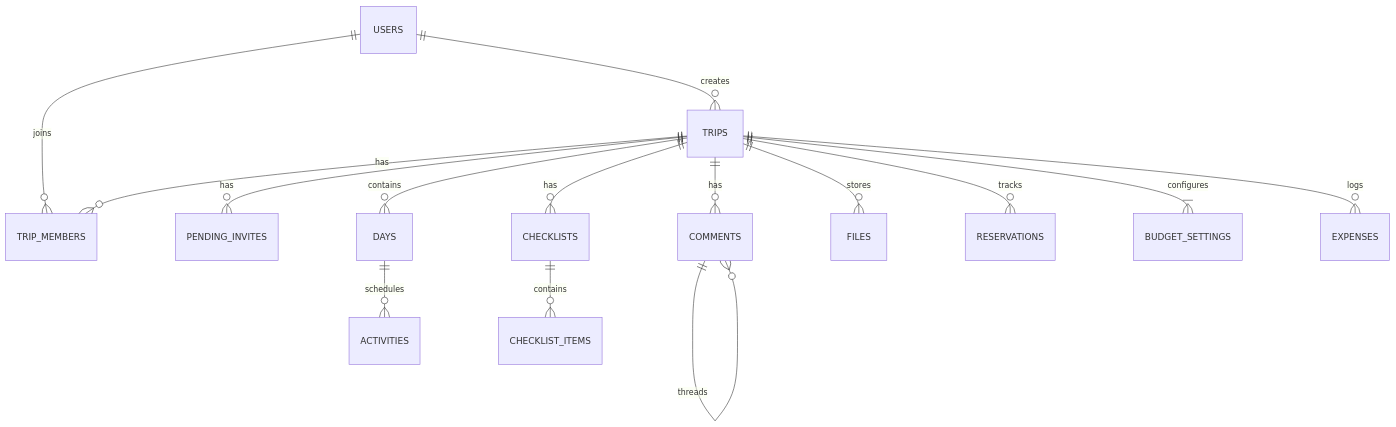
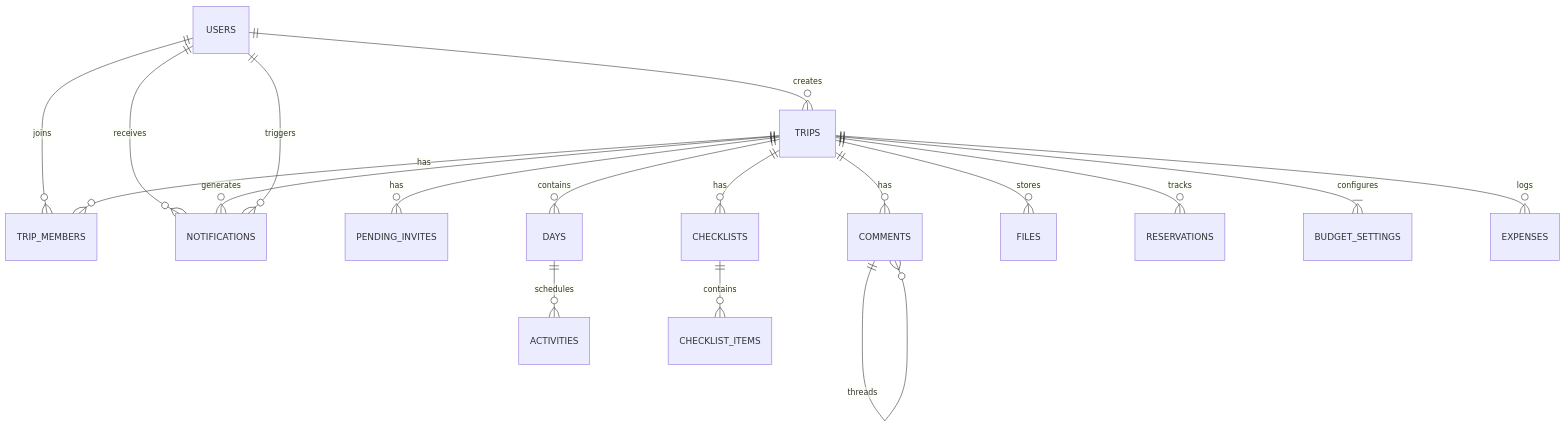
The diagram in docs/database-design.md (atharvdange618/Tabi), drawn with Mermaid before and after one commit. The commit also changed other lines of this file and 18 other files, not shown here.

Commit message:
feat: implement notification system with event-driven architecture

````diff
--- a/docs/database-design.md
+++ b/docs/database-design.md
@@ -9,17 +9,20 @@
 ```mermaid
 erDiagram
     USERS ||--o{ TRIPS : "creates"
     USERS ||--o{ TRIP_MEMBERS : "joins"
+    USERS ||--o{ NOTIFICATIONS : "receives"
     TRIPS ||--o{ TRIP_MEMBERS : "has"
     TRIPS ||--o{ PENDING_INVITES : "has"
     TRIPS ||--o{ DAYS : "contains"
     TRIPS ||--o{ COMMENTS : "has"
     TRIPS ||--o{ CHECKLISTS : "has"
     TRIPS ||--o{ FILES : "stores"
     TRIPS ||--o{ RESERVATIONS : "tracks"
+    TRIPS ||--o{ NOTIFICATIONS : "generates"
     TRIPS ||--|{ BUDGET_SETTINGS : "configures"
     TRIPS ||--o{ EXPENSES : "logs"
     DAYS ||--o{ ACTIVITIES : "schedules"
     CHECKLISTS ||--o{ CHECKLIST_ITEMS : "contains"
     COMMENTS ||--o{ COMMENTS : "threads"
+    USERS ||--o{ NOTIFICATIONS : "triggers"
 ```
````
